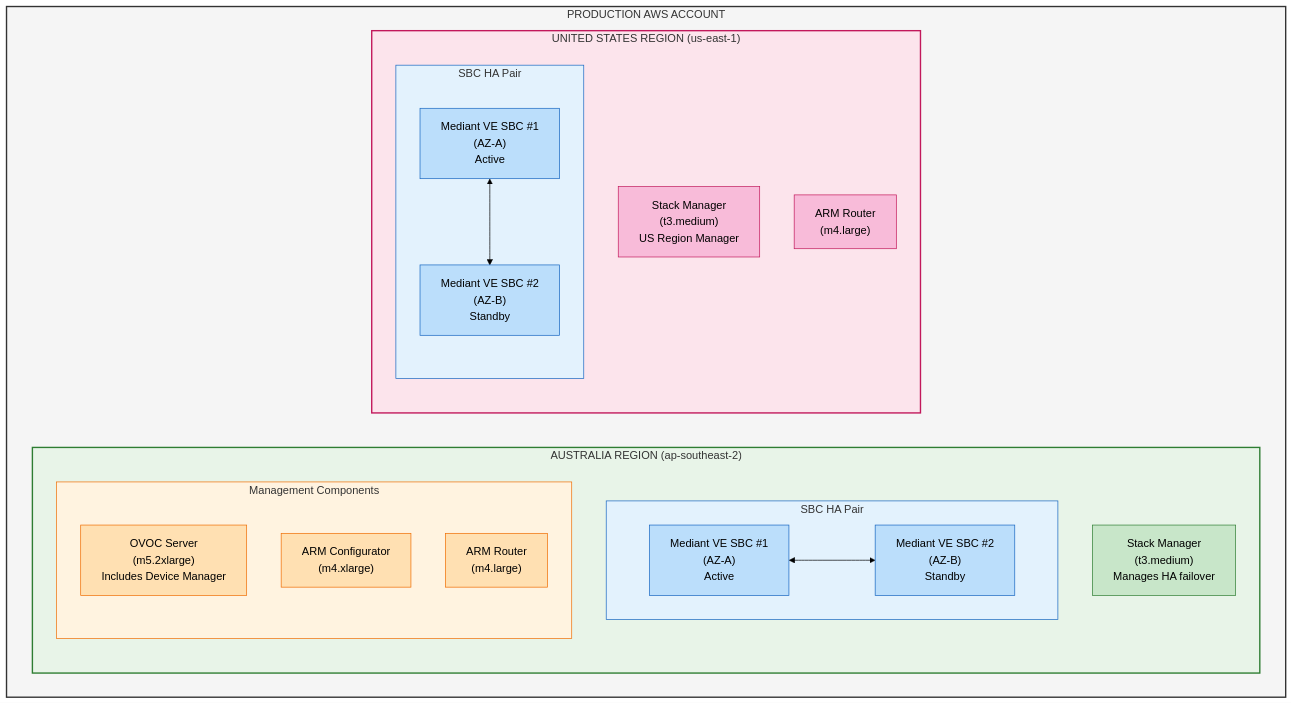
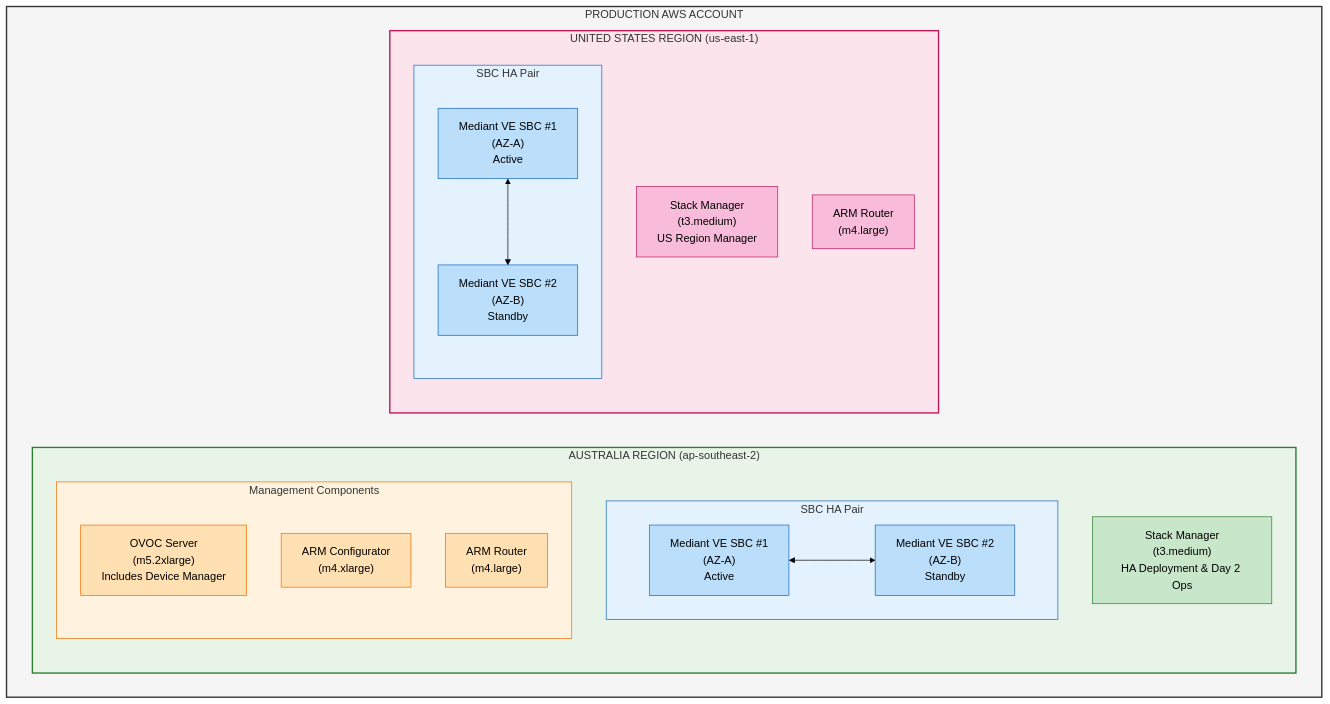
The third of 26 diagrams in AudioCodes-AWS-Deployment-Guide.md (kevinsing999/public), drawn with Mermaid (forest theme) before and after one commit. The commit also changed other lines of this file and 12 other files, not shown here.

````diff
--- a/AudioCodes-AWS-Deployment-Guide.md
+++ b/AudioCodes-AWS-Deployment-Guide.md
@@ -206,44 +206,44 @@
 ```mermaid
 flowchart TB
     subgraph PROD["PRODUCTION AWS ACCOUNT"]
         subgraph AUS_P["AUSTRALIA REGION (ap-southeast-2)"]
             subgraph HA_AUS["SBC HA Pair"]
                 SBC1_AUS["Mediant VE SBC #1<br/>(AZ-A)<br/>Active"]
                 SBC2_AUS["Mediant VE SBC #2<br/>(AZ-B)<br/>Standby"]
                 SBC1_AUS <--> SBC2_AUS
             end
-            SM_AUS["Stack Manager<br/>(t3.medium)<br/>Manages HA failover"]
+            SM_AUS["Stack Manager<br/>(t3.medium)<br/>HA Deployment & Day 2 Ops"]
             subgraph MGMT_AUS["Management Components"]
                 OVOC["OVOC Server<br/>(m5.2xlarge)<br/>Includes Device Manager"]
                 ARM_CFG_AUS["ARM Configurator<br/>(m4.xlarge)"]
                 ARM_RTR_AUS["ARM Router<br/>(m4.large)"]
             end
         end
         subgraph US_P["UNITED STATES REGION (us-east-1)"]
             subgraph HA_US["SBC HA Pair"]
                 SBC1_US["Mediant VE SBC #1<br/>(AZ-A)<br/>Active"]
                 SBC2_US["Mediant VE SBC #2<br/>(AZ-B)<br/>Standby"]
                 SBC1_US <--> SBC2_US
             end
             SM_US["Stack Manager<br/>(t3.medium)<br/>US Region Manager"]
             ARM_RTR_US["ARM Router<br/>(m4.large)"]
         end
     end
 
     style PROD fill:#f5f5f5,stroke:#333,stroke-width:2px
     style AUS_P fill:#e8f4e8,stroke:#2e7d32,stroke-width:2px
     style US_P fill:#fce4ec,stroke:#c2185b,stroke-width:2px
     style HA_AUS fill:#e3f2fd,stroke:#1565c0,stroke-width:1px
     style HA_US fill:#e3f2fd,stroke:#1565c0,stroke-width:1px
     style MGMT_AUS fill:#fff3e0,stroke:#ef6c00,stroke-width:1px
     style SBC1_AUS fill:#bbdefb,stroke:#1565c0
     style SBC2_AUS fill:#bbdefb,stroke:#1565c0
     style SBC1_US fill:#bbdefb,stroke:#1565c0
     style SBC2_US fill:#bbdefb,stroke:#1565c0
     style SM_AUS fill:#c8e6c9,stroke:#2e7d32
     style SM_US fill:#f8bbd9,stroke:#c2185b
     style OVOC fill:#ffe0b2,stroke:#ef6c00
     style ARM_CFG_AUS fill:#ffe0b2,stroke:#ef6c00
     style ARM_RTR_AUS fill:#ffe0b2,stroke:#ef6c00
     style ARM_RTR_US fill:#f8bbd9,stroke:#c2185b
 ```
````
